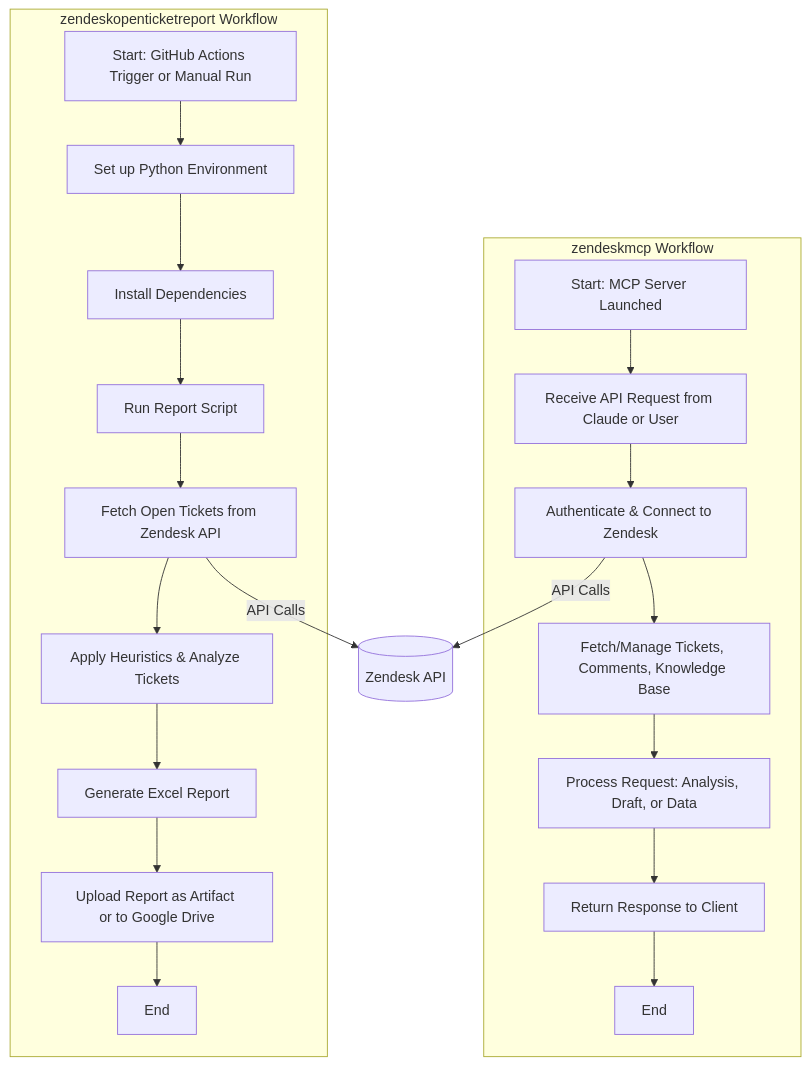
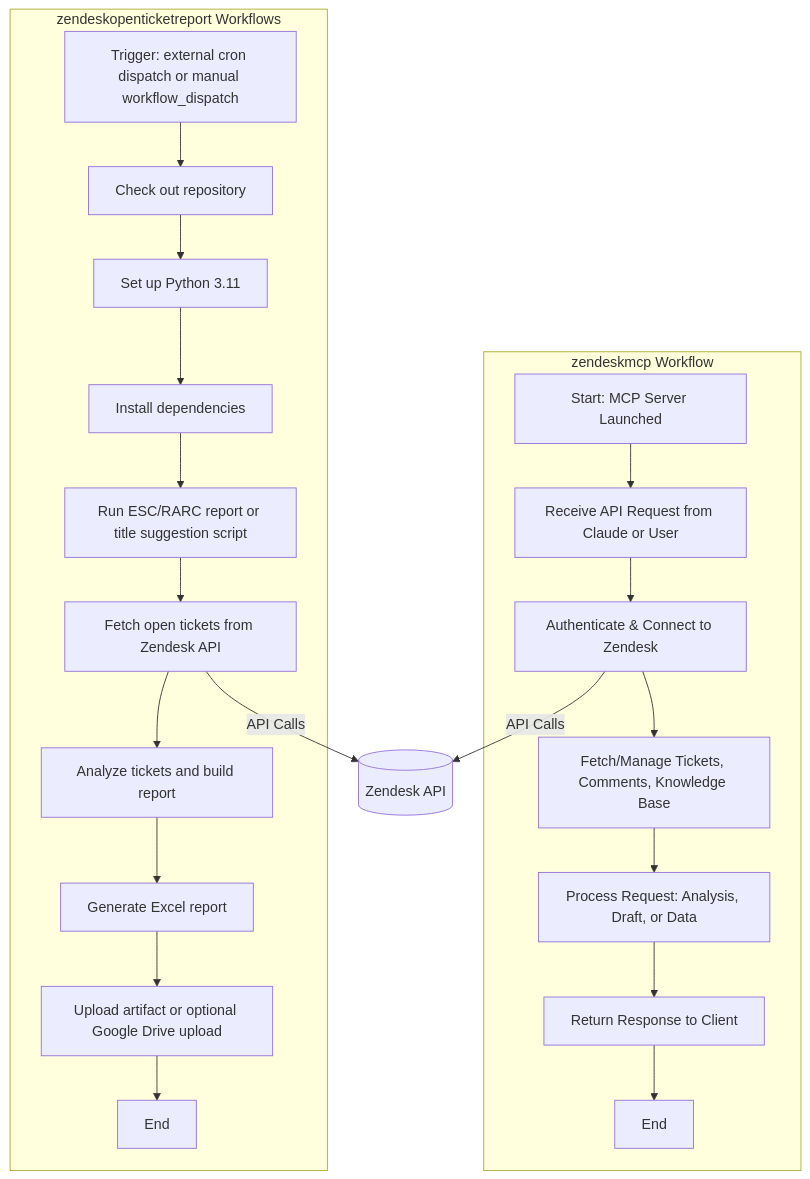
Before and after one commit to cvee-csa/zendeskintegrationdiagram: the diagram in zendesk_integration_workflow.md, drawn with Mermaid. The commit also changed other lines of this file, not shown here.

Commit message:
update diagram

````diff
--- a/zendesk_integration_workflow.md
+++ b/zendesk_integration_workflow.md
@@ -7,31 +7,32 @@
 ```mermaid
 flowchart TD
-    subgraph OpenTicketReport[zendeskopenticketreport Workflow]
-        A1[Start: GitHub Actions Trigger or Manual Run]
-        A2[Set up Python Environment]
-        A3[Install Dependencies]
-        A4[Run Report Script]
-        A5[Fetch Open Tickets from Zendesk API]
-        A6[Apply Heuristics & Analyze Tickets]
-        A7[Generate Excel Report]
-        A8[Upload Report as Artifact or to Google Drive]
+    subgraph OpenTicketReport[zendeskopenticketreport Workflows]
+        A0[Trigger: external cron dispatch or manual workflow_dispatch]
+        A1[Check out repository]
+        A2[Set up Python 3.11]
+        A3[Install dependencies]
+        A4[Run ESC/RARC report or title suggestion script]
+        A5[Fetch open tickets from Zendesk API]
+        A6[Analyze tickets and build report]
+        A7[Generate Excel report]
+        A8[Upload artifact or optional Google Drive upload]
         A9[End]
-        A1 --> A2 --> A3 --> A4 --> A5 --> A6 --> A7 --> A8 --> A9
+        A0 --> A1 --> A2 --> A3 --> A4 --> A5 --> A6 --> A7 --> A8 --> A9
     end
 
     subgraph MCPServer[zendeskmcp Workflow]
         B1[Start: MCP Server Launched]
         B2[Receive API Request from Claude or User]
         B3[Authenticate & Connect to Zendesk]
         B4[Fetch/Manage Tickets, Comments, Knowledge Base]
         B5[Process Request: Analysis, Draft, or Data]
         B6[Return Response to Client]
         B7[End]
         B1 --> B2 --> B3 --> B4 --> B5 --> B6 --> B7
     end
 
     %% Optional: Show Zendesk as a shared resource
     Zendesk[(Zendesk API)]
     A5 -- API Calls --> Zendesk
     B3 -- API Calls --> Zendesk
 ```
````
